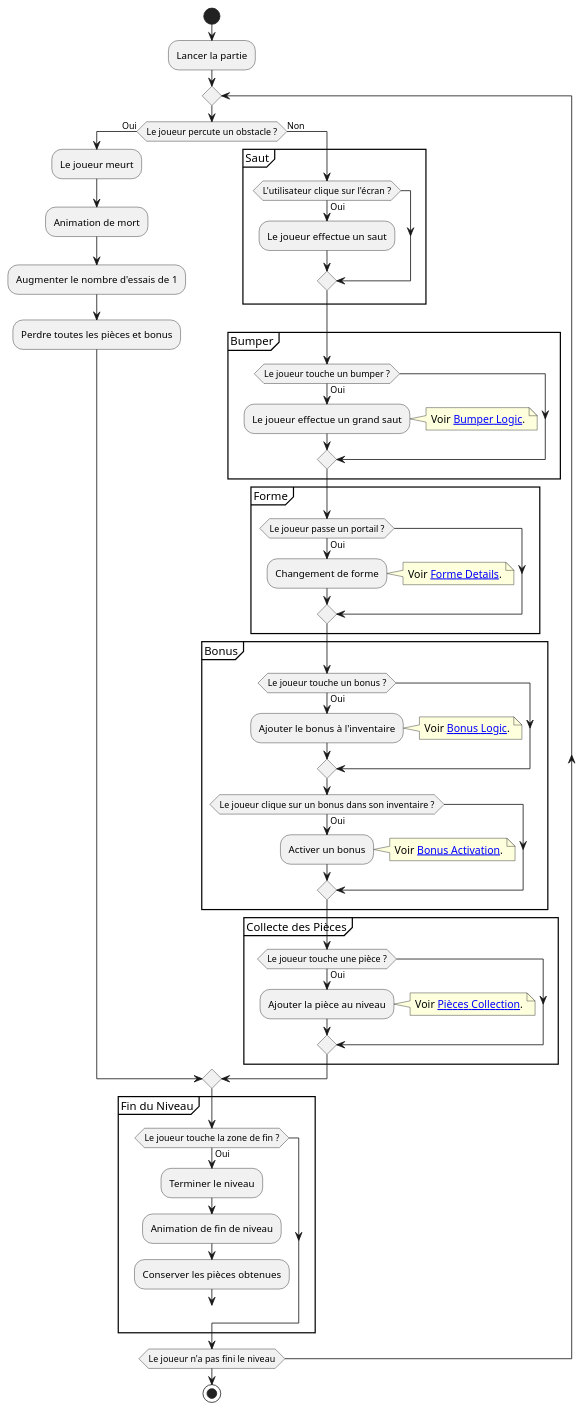
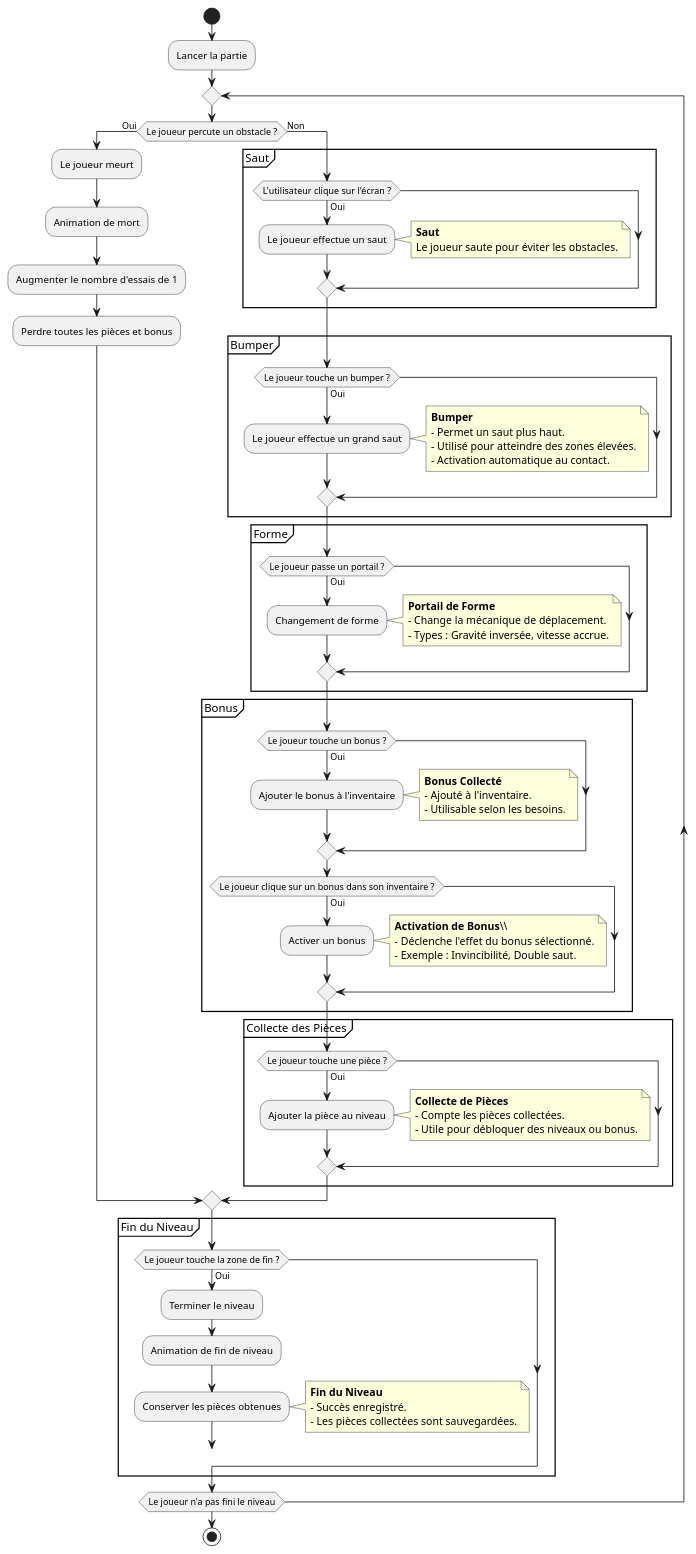
One commit to boudji-ludwig-pett/cnam-geometry-dash changed the diagram in uml/activity-diagram.puml. Above: the diagram before and after it, drawn with PlantUML. The commit also changed 1 other file, not shown here.

Commit message:
docs(uml): fix activity diagram and add activity diagram complete

```diff
--- a/uml/activity-diagram.puml
+++ b/uml/activity-diagram.puml
@@ -1,77 +1,97 @@
-@startuml acitvity-diagram
+@startuml activity-diagram
 start
 
 :Lancer la partie;
 
 repeat
     if (Le joueur percute un obstacle ?) then (Oui)
         :Le joueur meurt;
         :Animation de mort;
         :Augmenter le nombre d'essais de 1;
         :Perdre toutes les pièces et bonus;
     else (Non)
         ' --- Première Ligne ---
         partition "Saut" {
             if (L'utilisateur clique sur l'écran ?) then (Oui)
                 :Le joueur effectue un saut;
+                note right
+                **Saut**
+                Le joueur saute pour éviter les obstacles.
+                end note
             endif
         }
 
         partition "Bumper" {
             if (Le joueur touche un bumper ?) then (Oui)
                 :Le joueur effectue un grand saut;
                 note right
-                Voir [[./sub_bumper.puml Bumper Logic]].
+                **Bumper**
+                - Permet un saut plus haut.
+                - Utilisé pour atteindre des zones élevées.
+                - Activation automatique au contact.
                 end note
             endif
         }
 
         partition "Forme" {
             if (Le joueur passe un portail ?) then (Oui)
                 :Changement de forme;
                 note right
-                Voir [[./sub_forme.puml Forme Details]].
+                **Portail de Forme**
+                - Change la mécanique de déplacement.
+                - Types : Gravité inversée, vitesse accrue.
                 end note
             endif
         }
 
         partition "Bonus" {
             if (Le joueur touche un bonus ?) then (Oui)
                 :Ajouter le bonus à l'inventaire;
                 note right
-                Voir [[./sub_bonus.puml Bonus Logic]].
+                **Bonus Collecté**
+                - Ajouté à l'inventaire.
+                - Utilisable selon les besoins.
                 end note
             endif
 
             if (Le joueur clique sur un bonus dans son inventaire ?) then (Oui)
                 :Activer un bonus;
                 note right
-                Voir [[./sub_activation_bonus.puml Bonus Activation]].
+                **Activation de Bonus**\\
+                - Déclenche l'effet du bonus sélectionné.
+                - Exemple : Invincibilité, Double saut.
                 end note
             endif
         }
 
         partition "Collecte des Pièces" {
             if (Le joueur touche une pièce ?) then (Oui)
                 :Ajouter la pièce au niveau;
                 note right
-                Voir [[./sub_pieces.puml Pièces Collection]].
+                **Collecte de Pièces**
+                - Compte les pièces collectées.
+                - Utile pour débloquer des niveaux ou bonus.
                 end note
             endif
         }
     endif
 
     ' --- Fin du Niveau ---
     partition "Fin du Niveau" {
         if (Le joueur touche la zone de fin ?) then (Oui)
             :Terminer le niveau;
             :Animation de fin de niveau;
             :Conserver les pièces obtenues;
+            note right
+            **Fin du Niveau**
+            - Succès enregistré.
+            - Les pièces collectées sont sauvegardées.
+            end note
             break
         endif
     }
 
 repeat while (Le joueur n'a pas fini le niveau)
 
 stop
 @enduml
```
